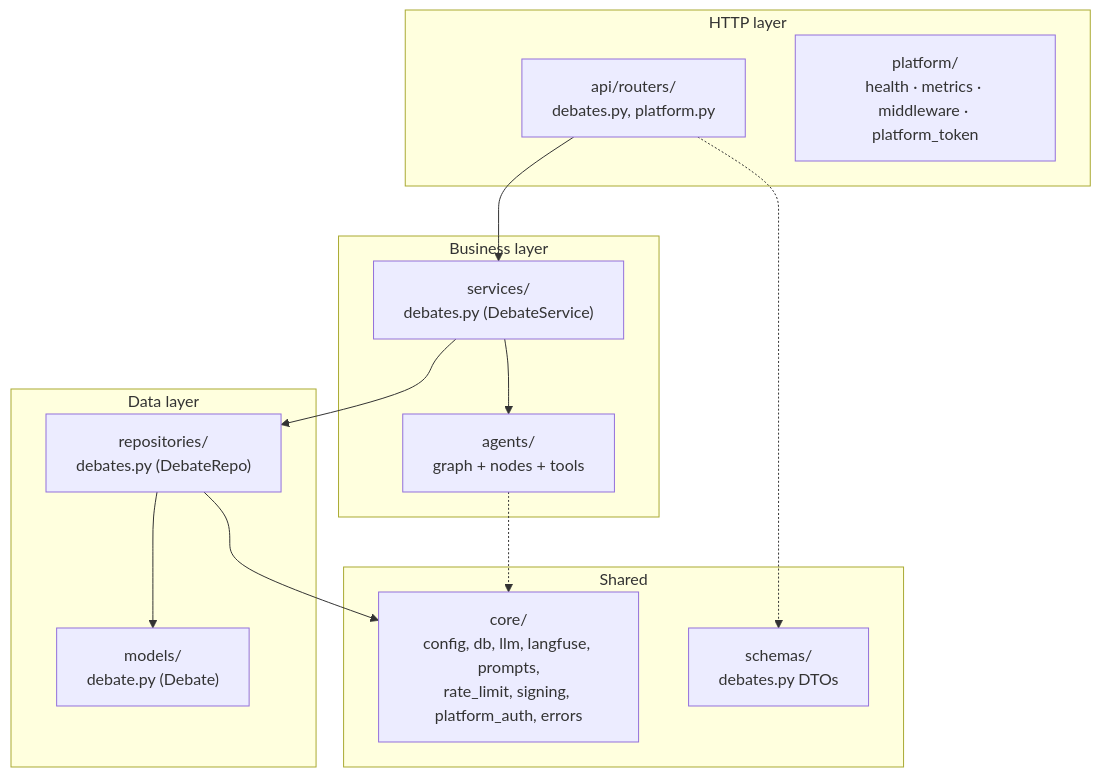
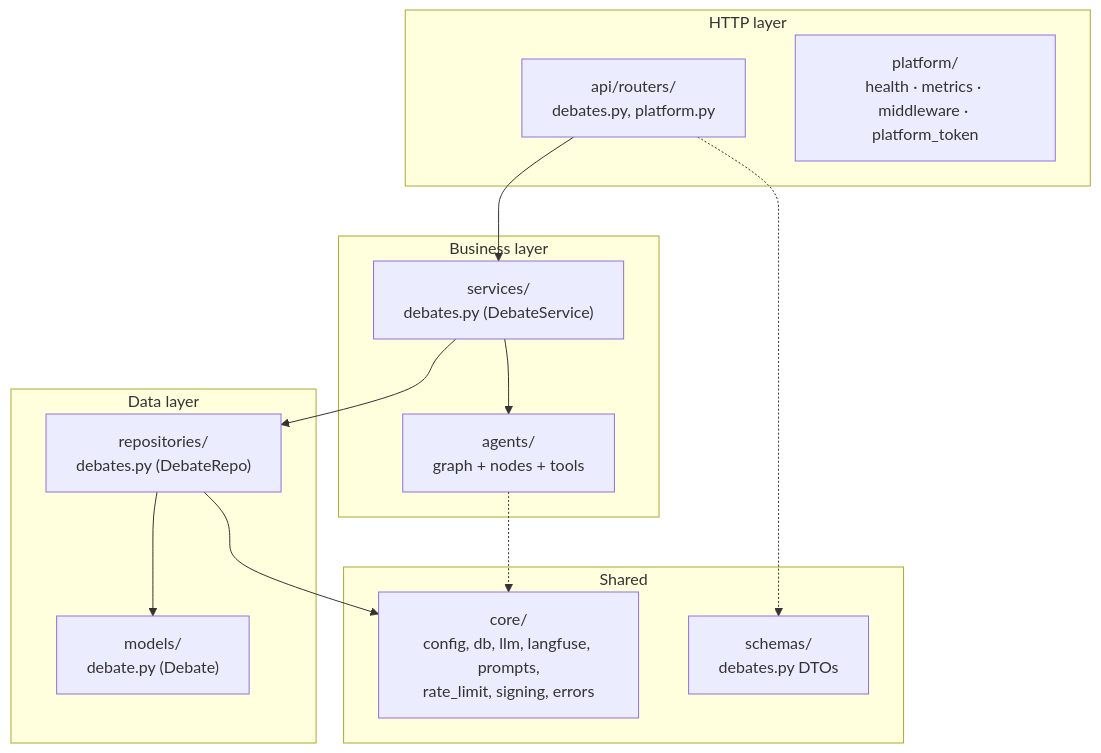
One commit to Abdul-Muizz1310/paper-trail-backend changed the second of 4 diagrams in docs/ARCHITECTURE.md. Above: the diagram before and after it, drawn with Mermaid. The commit also changed other lines of this file and 21 other files, not shown here.

````diff
--- a/docs/ARCHITECTURE.md
+++ b/docs/ARCHITECTURE.md
@@ -101,30 +101,30 @@
 ```mermaid
 flowchart TD
     subgraph HTTP ["HTTP layer"]
         Routers["api/routers/<br/>debates.py, platform.py"]
         Plat["platform/<br/>health · metrics · middleware · platform_token"]
     end
 
     subgraph Business ["Business layer"]
         Services["services/<br/>debates.py (DebateService)"]
         Agents["agents/<br/>graph + nodes + tools"]
     end
 
     subgraph Data ["Data layer"]
         Repos["repositories/<br/>debates.py (DebateRepo)"]
         Models["models/<br/>debate.py (Debate)"]
     end
 
     subgraph Shared ["Shared"]
         Schemas["schemas/<br/>debates.py DTOs"]
-        Core["core/<br/>config, db, llm, langfuse, prompts,<br/>rate_limit, signing, platform_auth, errors"]
+        Core["core/<br/>config, db, llm, langfuse, prompts,<br/>rate_limit, signing, errors"]
     end
 
     Routers --> Services
     Routers -.-> Schemas
     Services --> Repos
     Services --> Agents
     Agents -.-> Core
     Repos --> Models
     Repos --> Core
 ```
````
